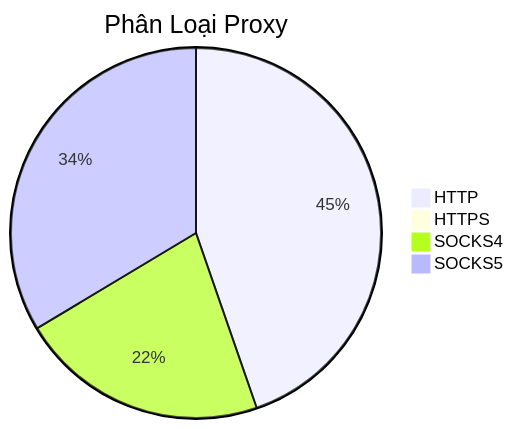
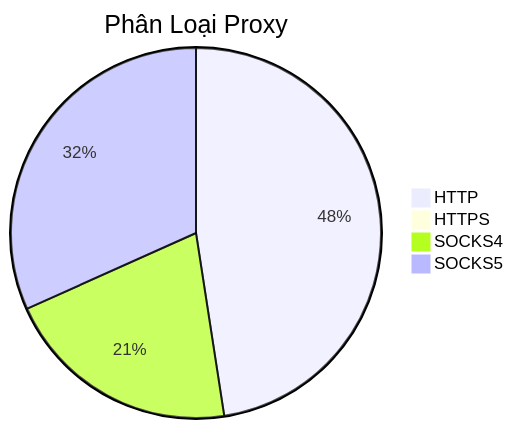
One commit to Ciara-12/PROXY-free changed the diagram in README.md. Above: the diagram before and after it, drawn with Mermaid. The commit also changed other lines of this file and 3 other files, not shown here.

````diff
--- a/README.md
+++ b/README.md
@@ -26,7 +26,7 @@
 ```mermaid
 pie title Phân Loại Proxy
-    "HTTP" : 391
+    "HTTP" : 507
     "HTTPS" : 0
-    "SOCKS4" : 190
-    "SOCKS5" : 294
+    "SOCKS4" : 221
+    "SOCKS5" : 338
 ```
````
